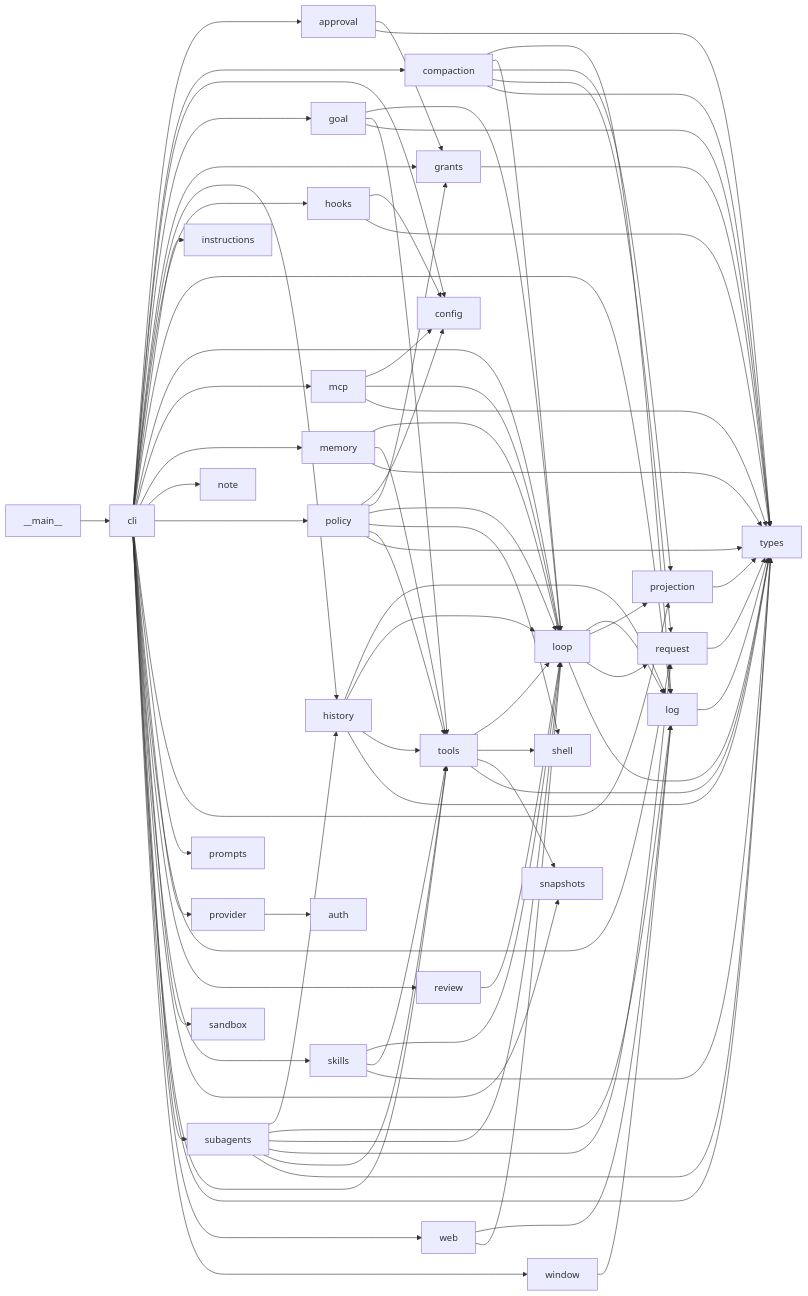
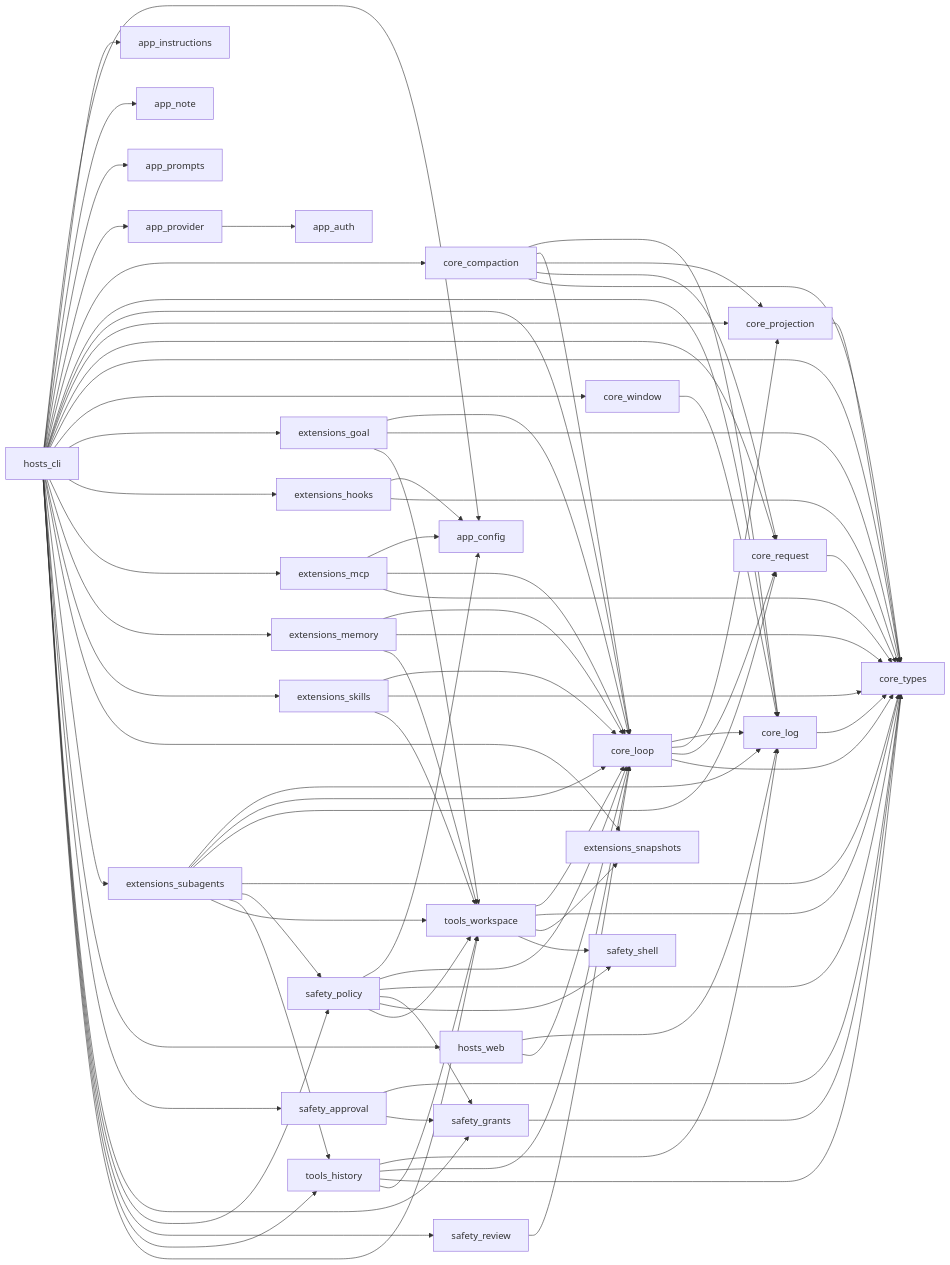
Before and after one commit to reddishJade/CadeMini: the diagram in docs/cade-mini/design/module-graph.md, drawn with Mermaid. The commit also changed other lines of this file and 97 other files, not shown here.

````diff
--- a/docs/cade-mini/design/module-graph.md
+++ b/docs/cade-mini/design/module-graph.md
@@ -7,85 +7,84 @@
 ```mermaid
 flowchart LR
-  __main__ --> cli
-  approval --> grants
-  approval --> types
-  cli --> approval
-  cli --> compaction
-  cli --> config
-  cli --> goal
-  cli --> grants
-  cli --> history
-  cli --> hooks
-  cli --> instructions
-  cli --> log
-  cli --> loop
-  cli --> mcp
-  cli --> memory
-  cli --> note
-  cli --> policy
-  cli --> projection
-  cli --> prompts
-  cli --> provider
-  cli --> request
-  cli --> review
-  cli --> sandbox
-  cli --> skills
-  cli --> snapshots
-  cli --> subagents
-  cli --> tools
-  cli --> types
-  cli --> web
-  cli --> window
-  compaction --> log
-  compaction --> loop
-  compaction --> projection
-  compaction --> request
-  compaction --> types
-  goal --> loop
-  goal --> tools
-  goal --> types
-  grants --> types
-  history --> log
-  history --> loop
-  history --> tools
-  history --> types
-  hooks --> config
-  hooks --> types
-  log --> types
-  loop --> log
-  loop --> projection
-  loop --> request
-  loop --> types
-  mcp --> config
-  mcp --> loop
-  mcp --> types
-  memory --> loop
-  memory --> tools
-  memory --> types
-  policy --> config
-  policy --> grants
-  policy --> loop
-  policy --> shell
-  policy --> tools
-  policy --> types
-  projection --> types
-  provider --> auth
-  request --> types
-  review --> loop
-  skills --> loop
-  skills --> tools
-  skills --> types
-  subagents --> history
-  subagents --> log
-  subagents --> loop
-  subagents --> request
-  subagents --> tools
-  subagents --> types
-  tools --> loop
-  tools --> shell
-  tools --> snapshots
-  tools --> types
-  web --> log
-  web --> loop
-  window --> log
+  app_provider --> app_auth
+  core_compaction --> core_log
+  core_compaction --> core_loop
+  core_compaction --> core_projection
+  core_compaction --> core_request
+  core_compaction --> core_types
+  core_log --> core_types
+  core_loop --> core_log
+  core_loop --> core_projection
+  core_loop --> core_request
+  core_loop --> core_types
+  core_projection --> core_types
+  core_request --> core_types
+  core_window --> core_log
+  extensions_goal --> core_loop
+  extensions_goal --> core_types
+  extensions_goal --> tools_workspace
+  extensions_hooks --> app_config
+  extensions_hooks --> core_types
+  extensions_mcp --> app_config
+  extensions_mcp --> core_loop
+  extensions_mcp --> core_types
+  extensions_memory --> core_loop
+  extensions_memory --> core_types
+  extensions_memory --> tools_workspace
+  extensions_skills --> core_loop
+  extensions_skills --> core_types
+  extensions_skills --> tools_workspace
+  extensions_subagents --> core_log
+  extensions_subagents --> core_loop
+  extensions_subagents --> core_request
+  extensions_subagents --> core_types
+  extensions_subagents --> safety_policy
+  extensions_subagents --> tools_history
+  extensions_subagents --> tools_workspace
+  hosts_cli --> app_config
+  hosts_cli --> app_instructions
+  hosts_cli --> app_note
+  hosts_cli --> app_prompts
+  hosts_cli --> app_provider
+  hosts_cli --> core_compaction
+  hosts_cli --> core_log
+  hosts_cli --> core_loop
+  hosts_cli --> core_projection
+  hosts_cli --> core_request
+  hosts_cli --> core_types
+  hosts_cli --> core_window
+  hosts_cli --> extensions_goal
+  hosts_cli --> extensions_hooks
+  hosts_cli --> extensions_mcp
+  hosts_cli --> extensions_memory
+  hosts_cli --> extensions_skills
+  hosts_cli --> extensions_snapshots
+  hosts_cli --> extensions_subagents
+  hosts_cli --> hosts_web
+  hosts_cli --> safety_approval
+  hosts_cli --> safety_grants
+  hosts_cli --> safety_policy
+  hosts_cli --> safety_review
+  hosts_cli --> tools_history
+  hosts_cli --> tools_workspace
+  hosts_web --> core_log
+  hosts_web --> core_loop
+  safety_approval --> core_types
+  safety_approval --> safety_grants
+  safety_grants --> core_types
+  safety_policy --> app_config
+  safety_policy --> core_loop
+  safety_policy --> core_types
+  safety_policy --> safety_grants
+  safety_policy --> safety_shell
+  safety_policy --> tools_workspace
+  safety_review --> core_loop
+  tools_history --> core_log
+  tools_history --> core_loop
+  tools_history --> core_types
+  tools_history --> tools_workspace
+  tools_workspace --> core_loop
+  tools_workspace --> core_types
+  tools_workspace --> extensions_snapshots
+  tools_workspace --> safety_shell
 ```
````
